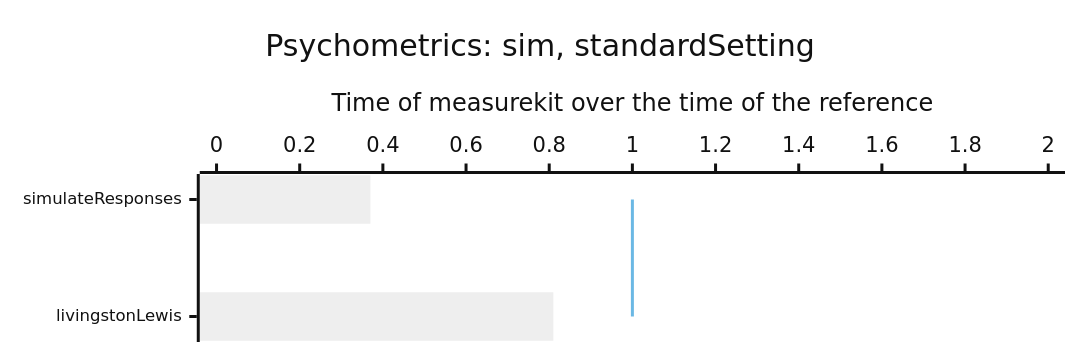
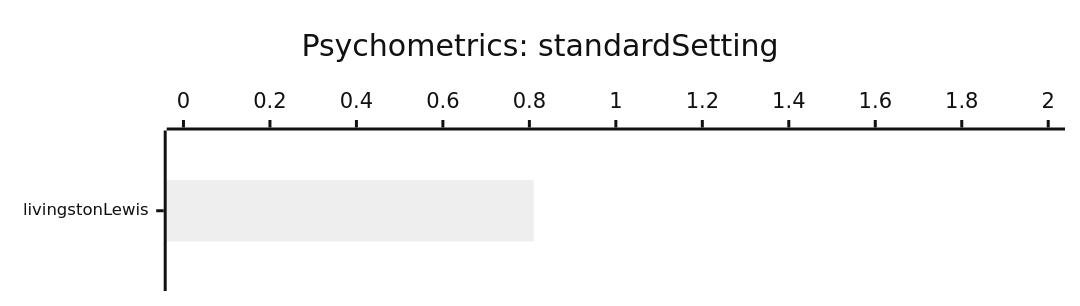
Before and after one commit to measurekit/measurekit: diagram 12 of 15 in docs/performance.md, drawn with Mermaid (neutral theme). The commit also changed other lines of this file and 1 other file, not shown here.

First line of the commit message:
Give the performance guide the rows and charts of fit, cat, the evaluation of automated scores and person scalability, and the timing of RSMTool

````diff
--- a/docs/performance.md
+++ b/docs/performance.md
@@ -103,9 +123,9 @@
 ```mermaid
-%%{init: {"xyChart": {"height": 218, "xAxis": {"labelFontSize": 11}}}}%%
+%%{init: {"xyChart": {"height": 184, "xAxis": {"labelFontSize": 11}}}}%%
 xychart-beta horizontal
-  title "Psychometrics: sim, standardSetting"
-  x-axis ["simulateResponses", "livingstonLewis"]
+  title "Psychometrics: standardSetting"
+  x-axis ["livingstonLewis"]
   y-axis "Time of measurekit over the time of the reference" 0 --> 2
-  bar [0.37, 0.81]
-  line [1, 1]
+  bar [0.81]
+  line [1]
 ```
````
